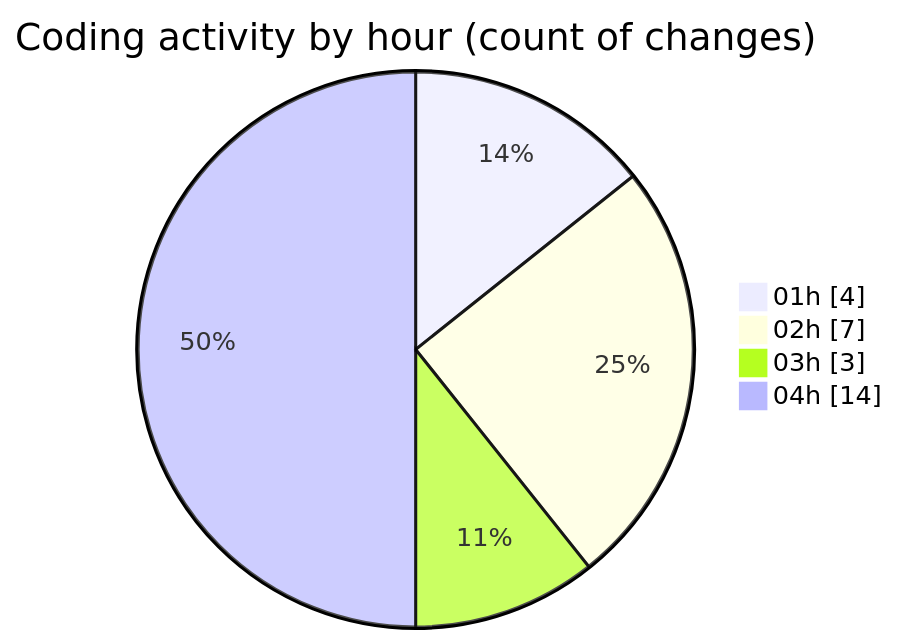
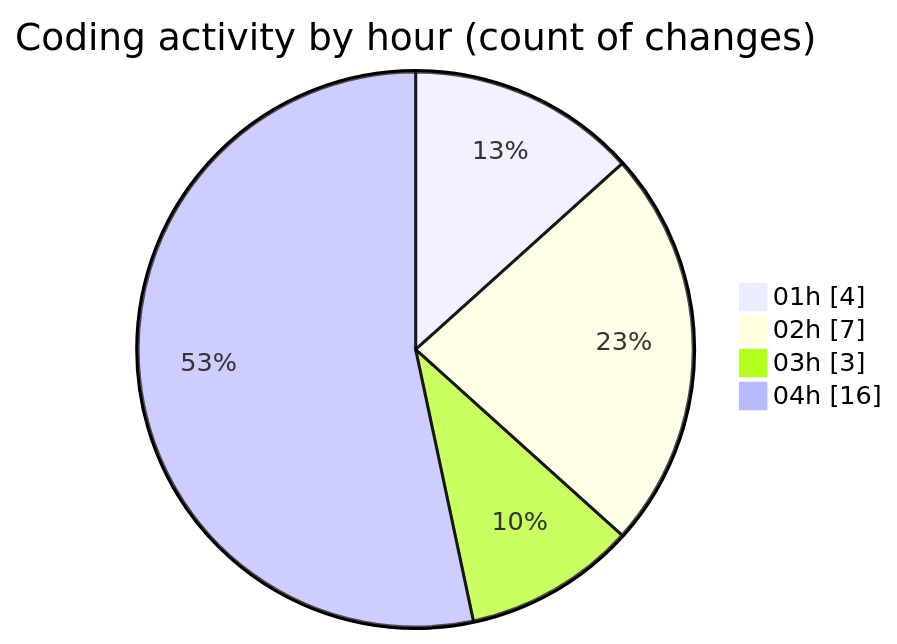
The second of 2 diagrams in 2025-07-15/telebot/README.md (jrari/code-tracking), drawn with Mermaid before and after one commit. The commit also changed other lines of this file and 1 other file, not shown here.

````diff
--- a/2025-07-15/telebot/README.md
+++ b/2025-07-15/telebot/README.md
@@ -36,8 +37,8 @@
 ```mermaid
 pie showData
 title Coding activity by hour (count of changes)
 "01h" : 4
 "02h" : 7
 "03h" : 3
-"04h" : 14
+"04h" : 16
 ```
````
